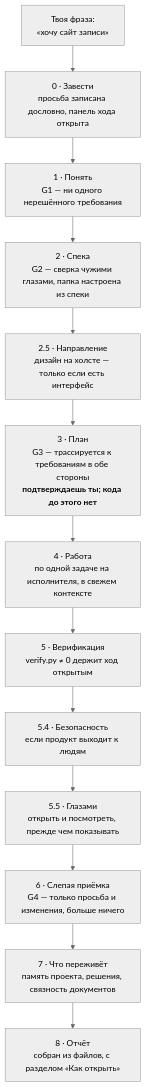
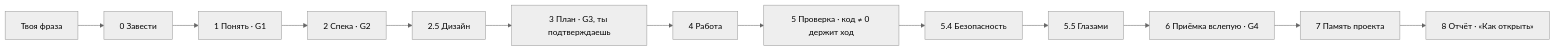
One commit to edvardgrishin27/superstack-plugin changed the diagram in README.md. Above: the diagram before and after it, drawn with Mermaid (neutral theme). The commit also changed other lines of this file and 43 other files, not shown here.

````diff
--- a/README.md
+++ b/README.md
@@ -147,15 +147,17 @@
 ```mermaid
-flowchart TD
-    A["Твоя фраза:<br/>«хочу сайт записи»"] --> B["0 · Завести<br/>просьба записана дословно, панель хода открыта"]
-    B --> C["1 · Понять<br/>G1 — ни одного нерешённого требования"]
-    C --> D["2 · Спека<br/>G2 — сверка чужими глазами, папка настроена из спеки"]
-    D --> E["2.5 · Направление<br/>дизайн на холсте — только если есть интерфейс"]
-    E --> F["3 · План<br/>G3 — трассируется к требованиям в обе стороны<br/><b>подтверждаешь ты; кода до этого нет</b>"]
-    F --> G["4 · Работа<br/>по одной задаче на исполнителя, в свежем контексте"]
-    G --> H["5 · Верификация<br/>verify.py ≠ 0 держит ход открытым"]
-    H --> I["5.4 · Безопасность<br/>если продукт выходит к людям"]
-    I --> J["5.5 · Глазами<br/>открыть и посмотреть, прежде чем показывать"]
-    J --> K["6 · Слепая приёмка<br/>G4 — только просьба и изменения, больше ничего"]
-    K --> L["7 · Что переживёт<br/>память проекта, решения, связность документов"]
-    L --> M["8 · Отчёт<br/>собран из файлов, с разделом «Как открыть»"]
+flowchart LR
+    A["Твоя фраза"]
+    B["0 Завести"]
+    C["1 Понять · G1"]
+    D["2 Спека · G2"]
+    E["2.5 Дизайн"]
+    F["3 План · G3, ты подтверждаешь"]
+    G["4 Работа"]
+    H["5 Проверка · код ≠ 0 держит ход"]
+    I["5.4 Безопасность"]
+    J["5.5 Глазами"]
+    K["6 Приёмка вслепую · G4"]
+    L["7 Память проекта"]
+    M["8 Отчёт · «Как открыть»"]
+    A --> B --> C --> D --> E --> F --> G --> H --> I --> J --> K --> L --> M
 ```
````
